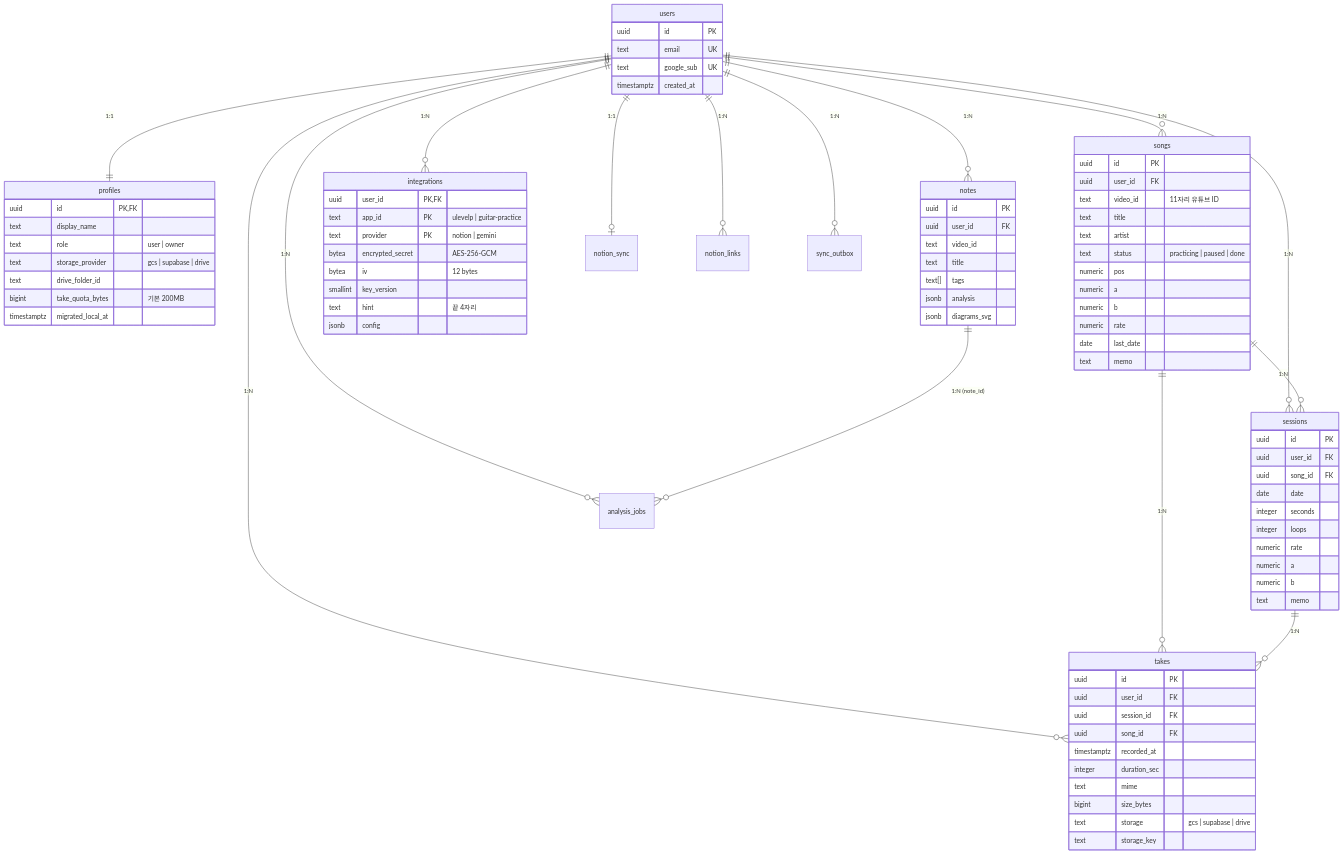
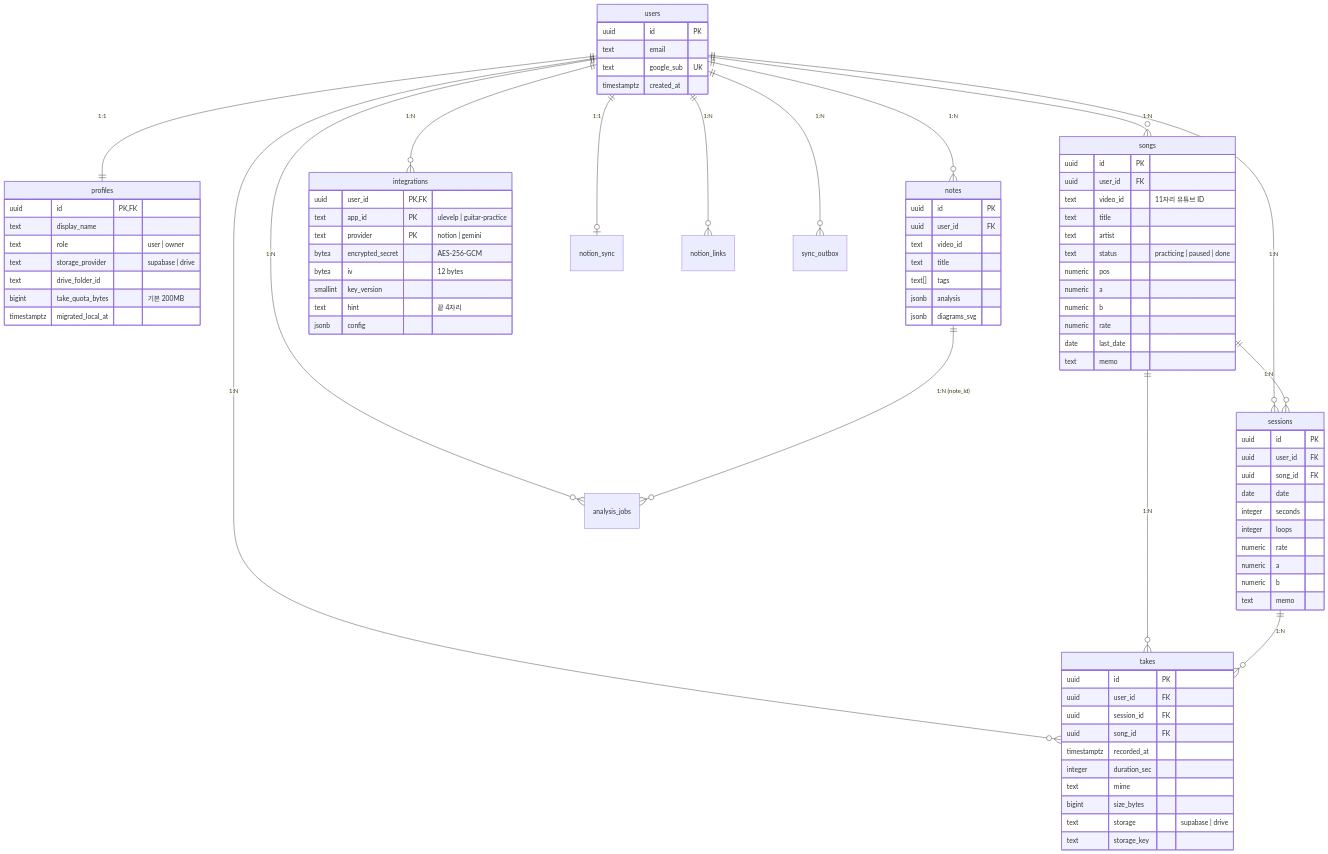
The diagram in docs/04-db-design.md (Hunseokc/ULevelP), drawn with Mermaid before and after one commit. The commit also changed other lines of this file and 6 other files, not shown here.

First line of the commit message:
docs(design): 설계 검토 반영 — Supabase Storage·Cloud Run Jobs·lease·복합 FK (K0-R)

```diff
--- a/docs/04-db-design.md
+++ b/docs/04-db-design.md
@@ -32,7 +32,7 @@
 
     users {
         uuid id PK
-        text email UK
+        text email
         text google_sub UK
         timestamptz created_at
     }
@@ -40,7 +40,7 @@
         uuid id PK, FK
         text display_name
         text role "user | owner"
-        text storage_provider "gcs | supabase | drive"
+        text storage_provider "supabase | drive"
         text drive_folder_id
         bigint take_quota_bytes "기본 200MB"
         timestamptz migrated_local_at
@@ -80,7 +80,7 @@
         integer duration_sec
         text mime
         bigint size_bytes
-        text storage "gcs | supabase | drive"
+        text storage "supabase | drive"
         text storage_key
     }
     notes {
```
